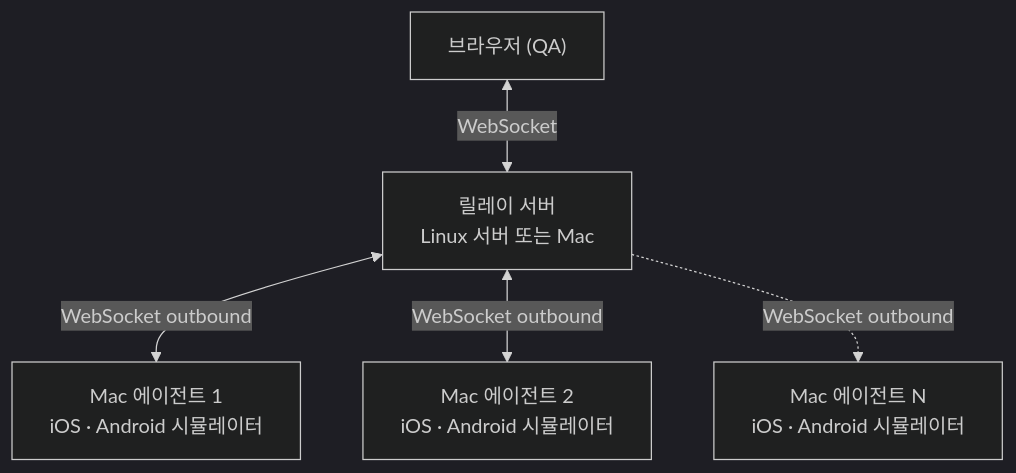
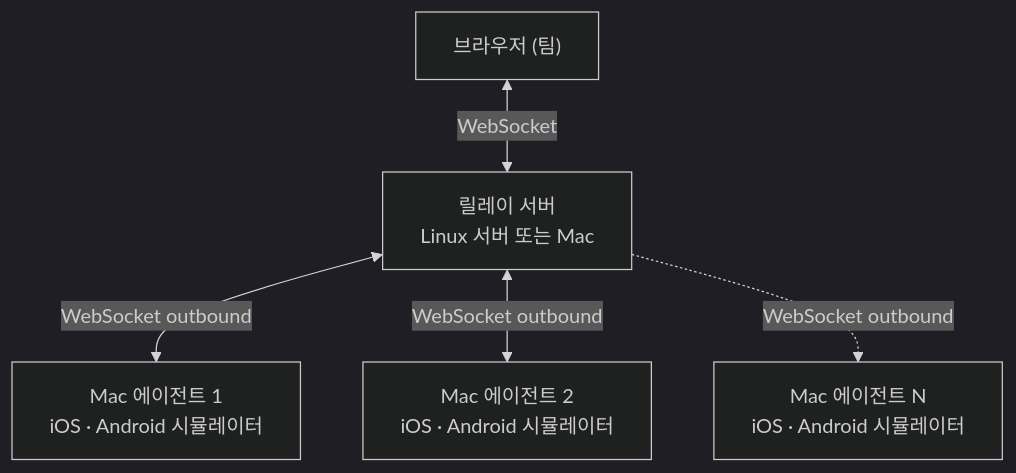
Before and after one commit to jo-duchan/tapflow: the diagram in docs/ko/guide/introduction.md, drawn with Mermaid (dark theme). The commit also changed other lines of this file and 8 other files, not shown here.

````diff
--- a/docs/ko/guide/introduction.md
+++ b/docs/ko/guide/introduction.md
@@ -18,13 +18,13 @@
 ```mermaid
 flowchart TD
-    B["브라우저 (QA)"]
+    B["브라우저 (팀)"]
     R["릴레이 서버<br/>Linux 서버 또는 Mac"]
     A1["Mac 에이전트 1<br/>iOS · Android 시뮬레이터"]
     A2["Mac 에이전트 2<br/>iOS · Android 시뮬레이터"]
     More["Mac 에이전트 N<br/>iOS · Android 시뮬레이터"]
 
     B <-->|WebSocket| R
     R <-->|WebSocket outbound| A1
     R <-->|WebSocket outbound| A2
     R -.->|WebSocket outbound| More
 ```
````
